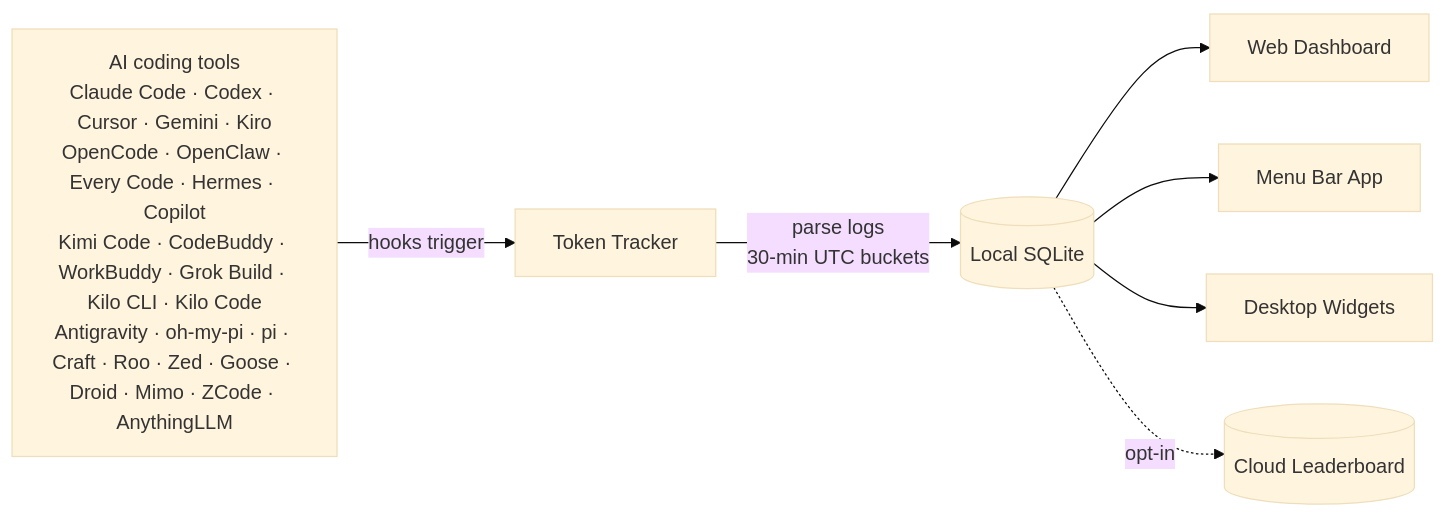
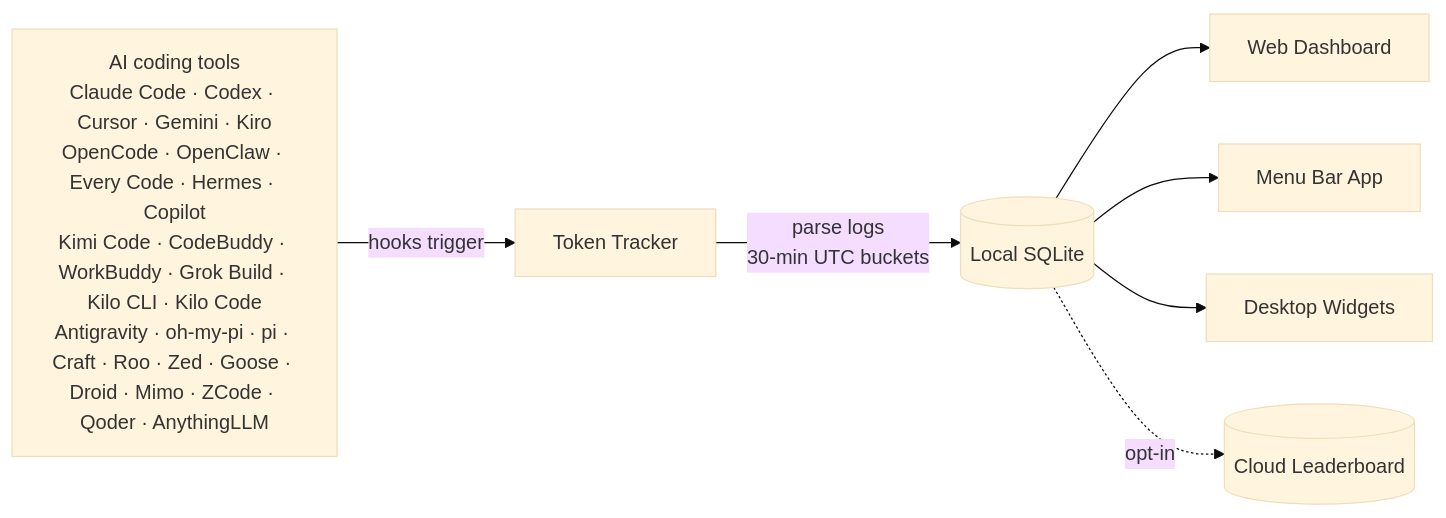
Before and after one commit to CrazyForks/TokenTracker: the diagram in README.md, drawn with Mermaid (base theme). The commit also changed other lines of this file and 72 other files, not shown here.

````diff
--- a/README.md
+++ b/README.md
@@ -276,10 +278,10 @@
 ```mermaid
 flowchart LR
-    A["AI coding tools<br/>Claude Code · Codex · Cursor · Gemini · Kiro<br/>OpenCode · OpenClaw · Every Code · Hermes · Copilot<br/>Kimi Code · CodeBuddy · WorkBuddy · Grok Build · Kilo CLI · Kilo Code<br/>Antigravity · oh-my-pi · pi · Craft · Roo · Zed · Goose · Droid · Mimo · ZCode · AnythingLLM"]
+    A["AI coding tools<br/>Claude Code · Codex · Cursor · Gemini · Kiro<br/>OpenCode · OpenClaw · Every Code · Hermes · Copilot<br/>Kimi Code · CodeBuddy · WorkBuddy · Grok Build · Kilo CLI · Kilo Code<br/>Antigravity · oh-my-pi · pi · Craft · Roo · Zed · Goose · Droid · Mimo · ZCode · Qoder · AnythingLLM"]
     A -->|hooks trigger| B[Token Tracker]
     B -->|parse logs<br/>30-min UTC buckets| C[(Local SQLite)]
     C --> D[Web Dashboard]
     C --> E[Menu Bar App]
     C --> F[Desktop Widgets]
     C -.->|opt-in| G[(Cloud Leaderboard)]
 ```
````
